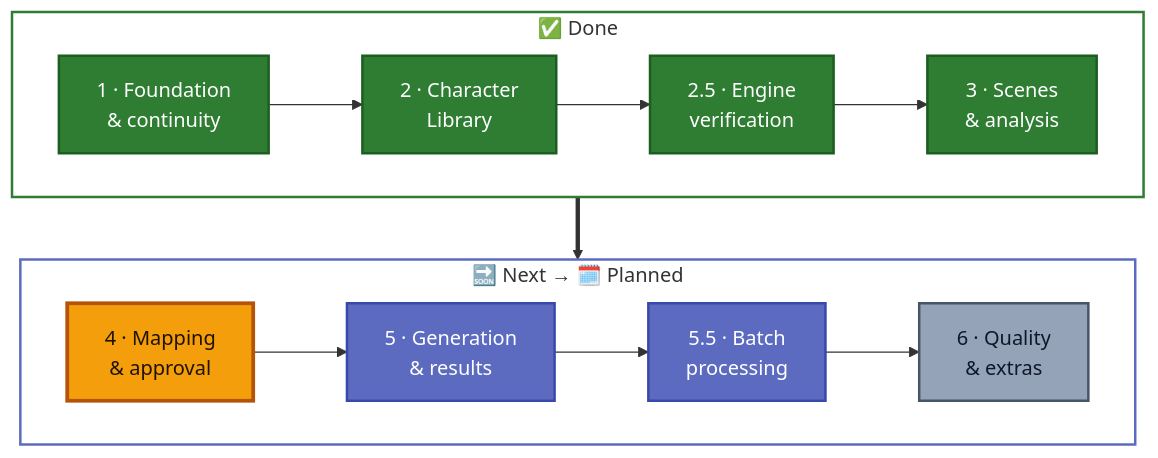
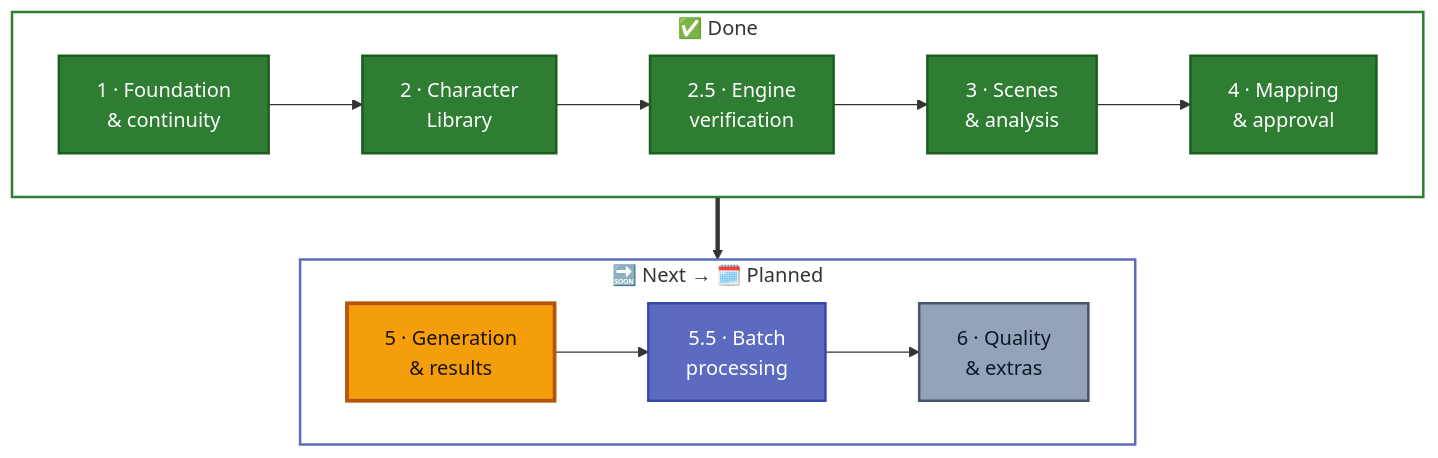
Before and after one commit to CyberSecurityChuck/Character-Studio: the third of 3 diagrams in README.md, drawn with Mermaid. The commit also changed other lines of this file and 31 other files, not shown here.

First line of the commit message:
Build Phase 4 character mapping, polish and approval

````diff
--- a/README.md
+++ b/README.md
@@ -188,19 +189,19 @@
 ```mermaid
 flowchart TB
     subgraph NOW["✅ Done"]
         direction LR
-        P1["1 · Foundation<br/>& continuity"]:::done --> P2["2 · Character<br/>Library"]:::done --> P25["2.5 · Engine<br/>verification"]:::done --> P3["3 · Scenes<br/>& analysis"]:::done
+        P1["1 · Foundation<br/>& continuity"]:::done --> P2["2 · Character<br/>Library"]:::done --> P25["2.5 · Engine<br/>verification"]:::done --> P3["3 · Scenes<br/>& analysis"]:::done --> P4["4 · Mapping<br/>& approval"]:::done
     end
     subgraph LATER["🔜 Next → 🗓️ Planned"]
         direction LR
-        P4["4 · Mapping<br/>& approval"]:::next --> P5["5 · Generation<br/>& results"]:::planned --> P55["5.5 · Batch<br/>processing"]:::planned --> P6["6 · Quality<br/>& extras"]:::later
+        P5["5 · Generation<br/>& results"]:::next --> P55["5.5 · Batch<br/>processing"]:::planned --> P6["6 · Quality<br/>& extras"]:::later
     end
     NOW ==> LATER
     style NOW fill:transparent,stroke:#2E7D32,stroke-width:2px
     style LATER fill:transparent,stroke:#5C6BC0,stroke-width:2px
 
     classDef done fill:#2E7D32,stroke:#1B5E20,color:#ffffff,stroke-width:2px
     classDef next fill:#F59E0B,stroke:#B45309,color:#1F1300,stroke-width:3px
     classDef planned fill:#5C6BC0,stroke:#3949AB,color:#ffffff,stroke-width:2px
     classDef later fill:#94A3B8,stroke:#475569,color:#0F172A,stroke-width:2px
 ```
````
